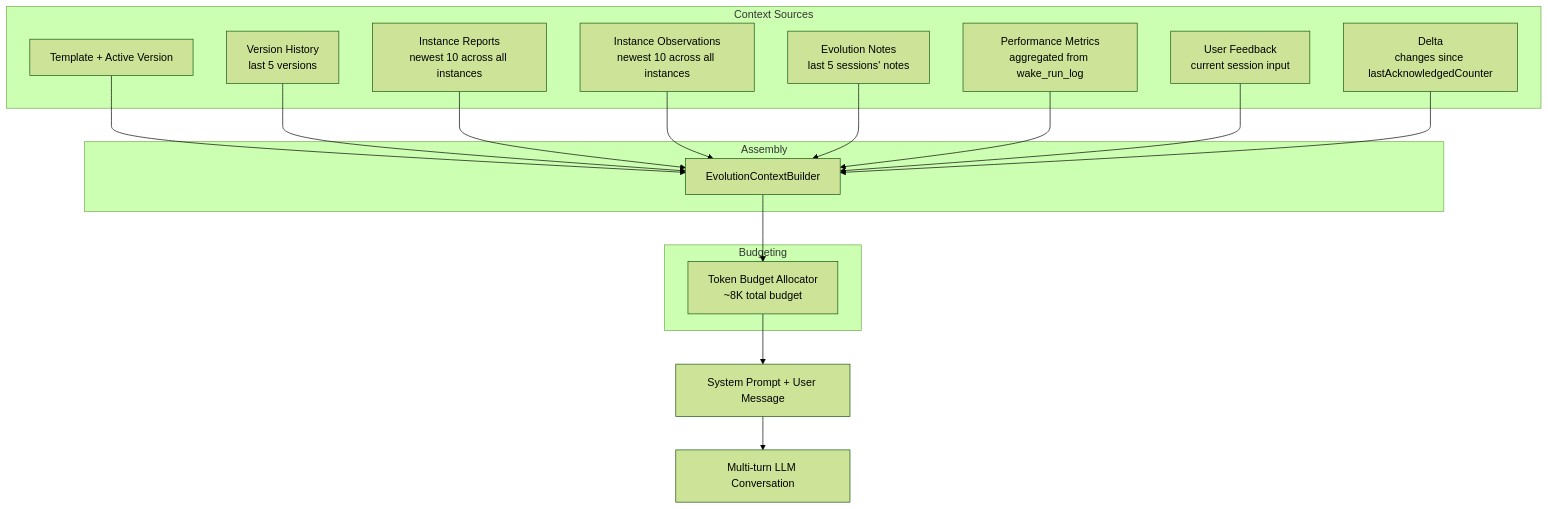
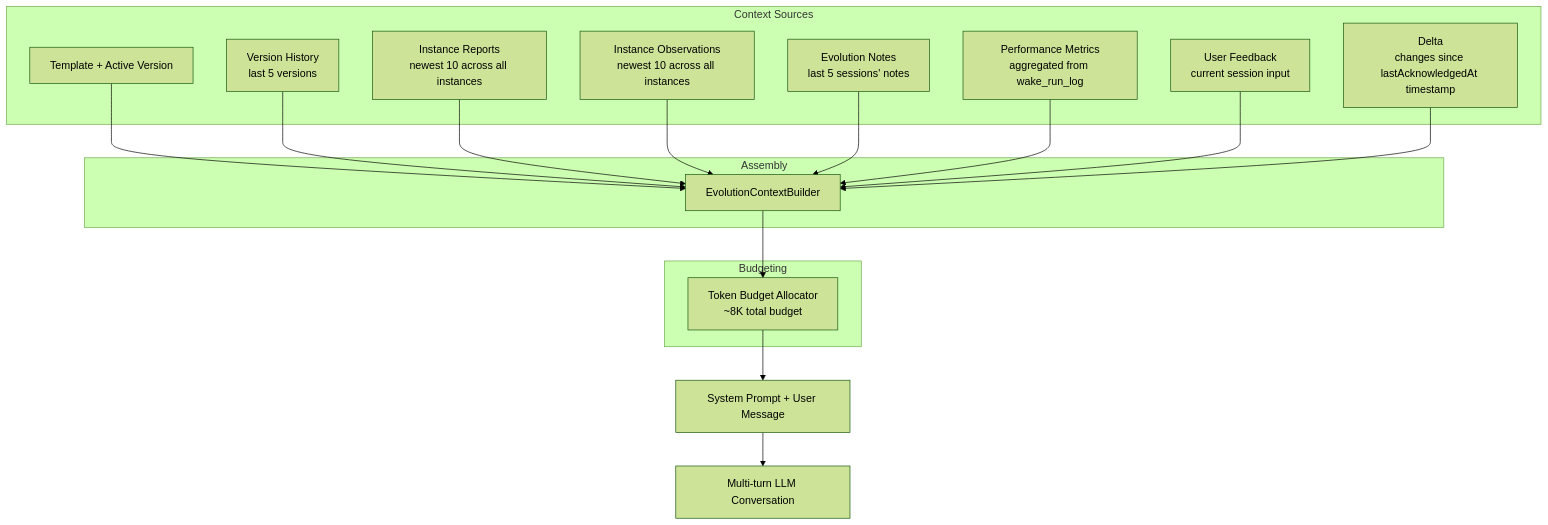
Before and after one commit to matthiasn/lotti: the third of 8 diagrams in docs/implementation_plans/2026-02-26_template_evolution_agent_lifecycle.md, drawn with Mermaid (forest theme). The commit also changed other lines of this file and 12 other files, not shown here.

````diff
--- a/docs/implementation_plans/2026-02-26_template_evolution_agent_lifecycle.md
+++ b/docs/implementation_plans/2026-02-26_template_evolution_agent_lifecycle.md
@@ -293,34 +288,34 @@
 ```mermaid
 flowchart TD
     subgraph "Context Sources"
         A[Template + Active Version]
         B[Version History<br/>last 5 versions]
         C[Instance Reports<br/>newest 10 across all instances]
         D[Instance Observations<br/>newest 10 across all instances]
         E[Evolution Notes<br/>last 5 sessions' notes]
         F[Performance Metrics<br/>aggregated from wake_run_log]
         G[User Feedback<br/>current session input]
-        H[Delta<br/>changes since lastAcknowledgedCounter]
+        H[Delta<br/>changes since lastAcknowledgedAt timestamp]
     end
 
     subgraph "Assembly"
         I[EvolutionContextBuilder]
     end
 
     subgraph "Budgeting"
         J[Token Budget Allocator<br/>~8K total budget]
     end
 
     A --> I
     B --> I
     C --> I
     D --> I
     E --> I
     F --> I
     G --> I
     H --> I
 
     I --> J
     J --> K[System Prompt + User Message]
     K --> L[Multi-turn LLM Conversation]
 ```
````
